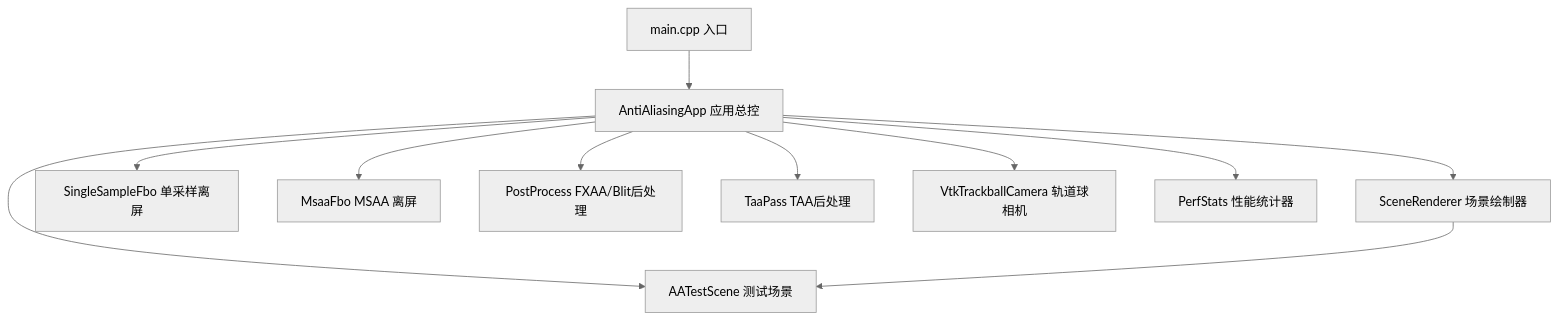
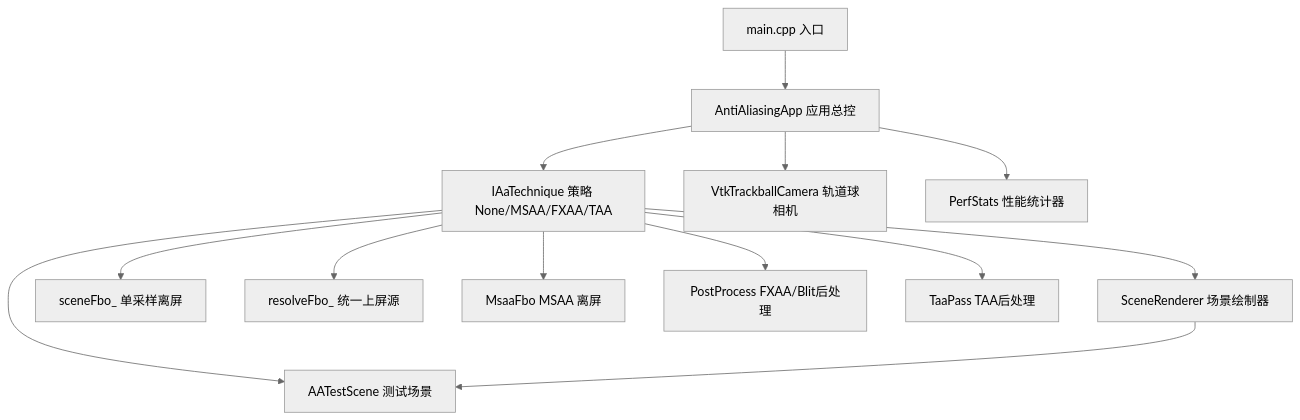
One commit to HalCG/GLInstance changed the first of 2 diagrams in OpenGL_Anti_Aliasing/docs/README.md. Above: the diagram before and after it, drawn with Mermaid (neutral theme). The commit also changed other lines of this file and 19 other files, not shown here.

````diff
--- a/OpenGL_Anti_Aliasing/docs/README.md
+++ b/OpenGL_Anti_Aliasing/docs/README.md
@@ -63,24 +67,28 @@
 ```mermaid
 flowchart TB
     main[main.cpp 入口]
     App[AntiAliasingApp 应用总控]
+    Tech[IAaTechnique 策略 None/MSAA/FXAA/TAA]
     Scene[AATestScene 测试场景]
     SR[SceneRenderer 场景绘制器]
-    SSF[SingleSampleFbo 单采样离屏]
+    SSF[sceneFbo_ 单采样离屏]
+    Resolve[resolveFbo_ 统一上屏源]
     MSF[MsaaFbo MSAA 离屏]
     PP[PostProcess FXAA/Blit后处理]
     TAA[TaaPass TAA后处理]
     Cam[VtkTrackballCamera 轨道球相机]
     Perf[PerfStats 性能统计器]
 
     main --> App
-    App --> Scene
-    App --> SR
-    App --> SSF
-    App --> MSF
-    App --> PP
-    App --> TAA
+    App --> Tech
+    Tech --> Scene
+    Tech --> SR
+    Tech --> SSF
+    Tech --> Resolve
+    Tech --> MSF
+    Tech --> PP
+    Tech --> TAA
     App --> Cam
     App --> Perf
     SR --> Scene
 ```
````
